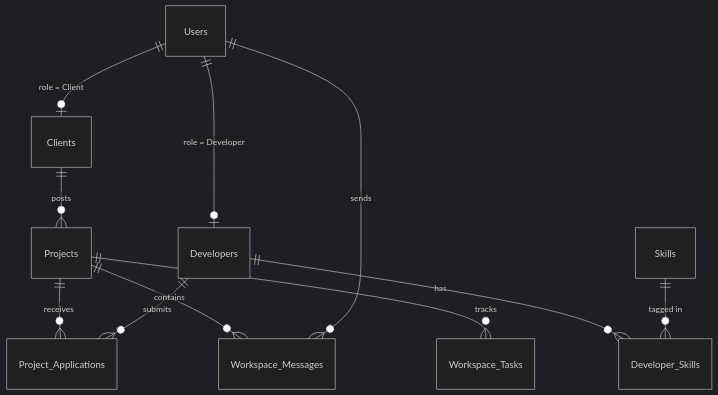
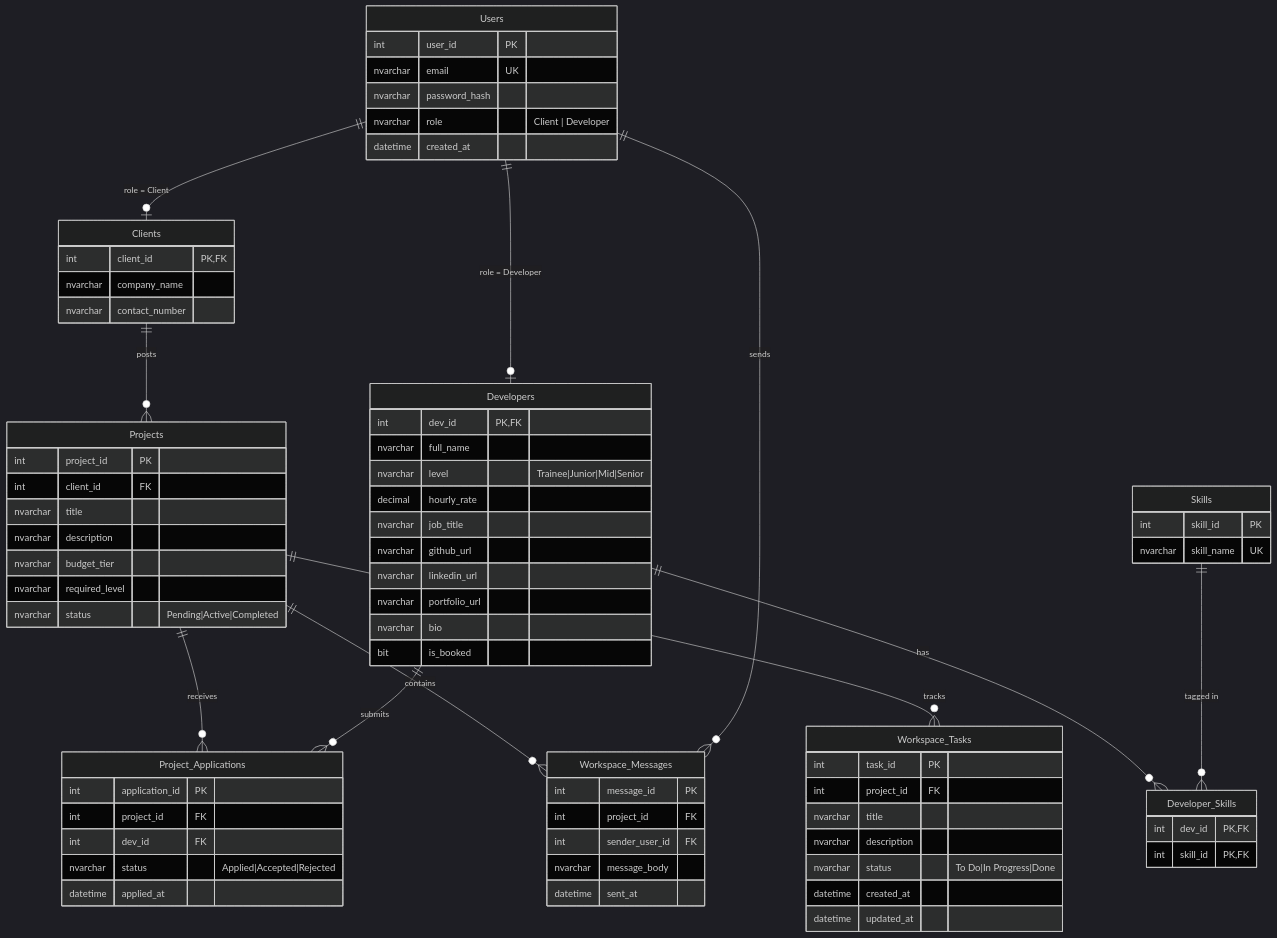
One commit to qhmed67/ReadmeTest changed the fourth of 4 diagrams in README.md. Above: the diagram before and after it, drawn with Mermaid (dark theme). The commit also changed other lines of this file, not shown here.

````diff
--- a/README.md
+++ b/README.md
@@ -135,4 +157,77 @@
     Projects ||--o{ Workspace_Messages : "contains"
     Users ||--o{ Workspace_Messages : "sends"
     Projects ||--o{ Workspace_Tasks : "tracks"
+
+    Users {
+        int user_id PK
+        nvarchar email UK
+        nvarchar password_hash
+        nvarchar role "Client | Developer"
+        datetime created_at
+    }
+
+    Clients {
+        int client_id PK,FK
+        nvarchar company_name
+        nvarchar contact_number
+    }
+
+    Developers {
+        int dev_id PK,FK
+        nvarchar full_name
+        nvarchar level "Trainee|Junior|Mid|Senior"
+        decimal hourly_rate
+        nvarchar job_title
+        nvarchar github_url
+        nvarchar linkedin_url
+        nvarchar portfolio_url
+        nvarchar bio
+        bit is_booked
+    }
+
+    Skills {
+        int skill_id PK
+        nvarchar skill_name UK
+    }
+
+    Developer_Skills {
+        int dev_id PK,FK
+        int skill_id PK,FK
+    }
+
+    Projects {
+        int project_id PK
+        int client_id FK
+        nvarchar title
+        nvarchar description
+        nvarchar budget_tier
+        nvarchar required_level
+        nvarchar status "Pending|Active|Completed"
+    }
+
+    Project_Applications {
+        int application_id PK
+        int project_id FK
+        int dev_id FK
+        nvarchar status "Applied|Accepted|Rejected"
+        datetime applied_at
+    }
+
+    Workspace_Messages {
+        int message_id PK
+        int project_id FK
+        int sender_user_id FK
+        nvarchar message_body
+        datetime sent_at
+    }
+
+    Workspace_Tasks {
+        int task_id PK
+        int project_id FK
+        nvarchar title
+        nvarchar description
+        nvarchar status "To Do|In Progress|Done"
+        datetime created_at
+        datetime updated_at
+    }
 ```
````
